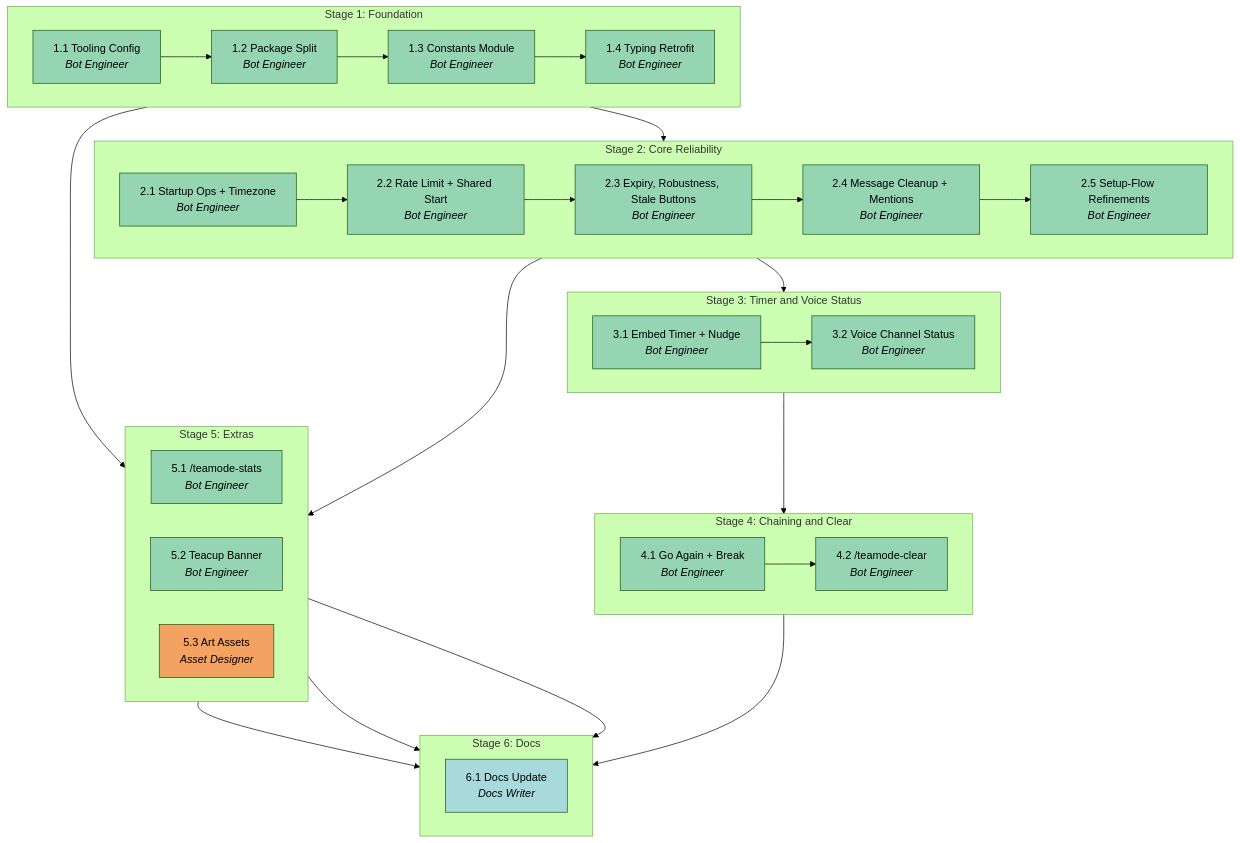
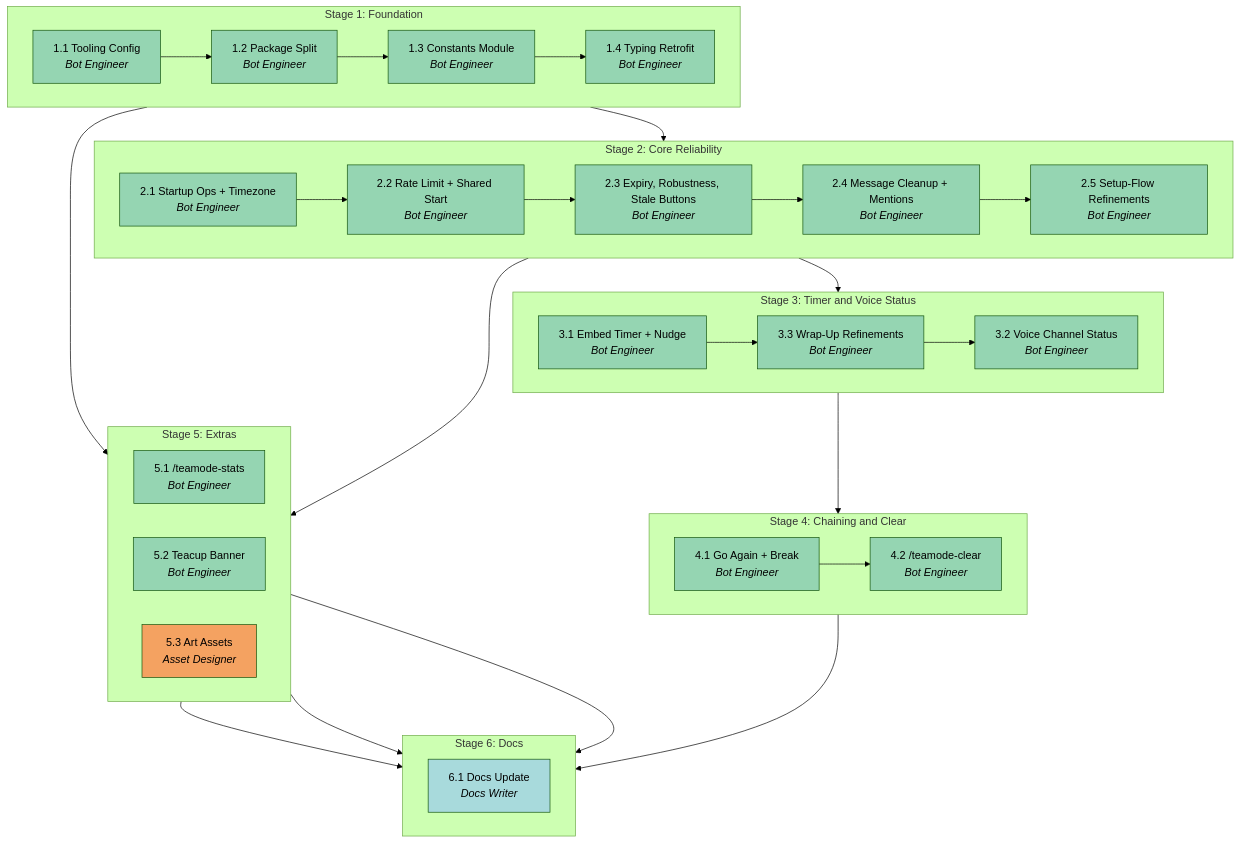
The diagram in .apm/plan.md (jonathan-fang/teamode), drawn with Mermaid (forest theme) before and after one commit. The commit also changed other lines of this file and 4 other files, not shown here.

Commit message:
chore(apm): record embed timer and wrap-up decisions

````diff
--- a/.apm/plan.md
+++ b/.apm/plan.md
@@ -29,68 +29,70 @@
 ```mermaid
 graph TB
 
 subgraph S1["Stage 1: Foundation"]
   direction LR
   T1_1["1.1 Tooling Config<br/><i>Bot Engineer</i>"] --> T1_2["1.2 Package Split<br/><i>Bot Engineer</i>"]
   T1_2 --> T1_3["1.3 Constants Module<br/><i>Bot Engineer</i>"]
   T1_3 --> T1_4["1.4 Typing Retrofit<br/><i>Bot Engineer</i>"]
 end
 
 subgraph S2["Stage 2: Core Reliability"]
   direction LR
   T2_1["2.1 Startup Ops + Timezone<br/><i>Bot Engineer</i>"] --> T2_2["2.2 Rate Limit + Shared Start<br/><i>Bot Engineer</i>"]
   T2_2 --> T2_3["2.3 Expiry, Robustness, Stale Buttons<br/><i>Bot Engineer</i>"]
   T2_3 --> T2_4["2.4 Message Cleanup + Mentions<br/><i>Bot Engineer</i>"]
   T2_4 --> T2_5["2.5 Setup-Flow Refinements<br/><i>Bot Engineer</i>"]
 end
 
 subgraph S3["Stage 3: Timer and Voice Status"]
   direction LR
-  T3_1["3.1 Embed Timer + Nudge<br/><i>Bot Engineer</i>"] --> T3_2["3.2 Voice Channel Status<br/><i>Bot Engineer</i>"]
+  T3_1["3.1 Embed Timer + Nudge<br/><i>Bot Engineer</i>"] --> T3_3["3.3 Wrap-Up Refinements<br/><i>Bot Engineer</i>"]
+  T3_3 --> T3_2["3.2 Voice Channel Status<br/><i>Bot Engineer</i>"]
 end
 
 subgraph S4["Stage 4: Chaining and Clear"]
   direction LR
   T4_1["4.1 Go Again + Break<br/><i>Bot Engineer</i>"] --> T4_2["4.2 /teamode-clear<br/><i>Bot Engineer</i>"]
 end
 
 subgraph S5["Stage 5: Extras"]
   direction LR
   T5_1["5.1 /teamode-stats<br/><i>Bot Engineer</i>"]
   T5_2["5.2 Teacup Banner<br/><i>Bot Engineer</i>"]
   T5_3["5.3 Art Assets<br/><i>Asset Designer</i>"]
 end
 
 subgraph S6["Stage 6: Docs"]
   direction LR
   T6_1["6.1 Docs Update<br/><i>Docs Writer</i>"]
 end
 
 T1_4 --> T2_1
 T2_5 --> T3_1
 T3_2 --> T4_1
 T2_1 --> T5_1
 T1_3 --> T5_2
 T4_2 --> T6_1
 T5_1 --> T6_1
 T5_2 --> T6_1
 T5_3 --> T6_1
 
 style T1_1 fill:#95d5b2,color:#000
 style T1_2 fill:#95d5b2,color:#000
 style T1_3 fill:#95d5b2,color:#000
 style T1_4 fill:#95d5b2,color:#000
 style T2_1 fill:#95d5b2,color:#000
 style T2_2 fill:#95d5b2,color:#000
 style T2_3 fill:#95d5b2,color:#000
 style T2_4 fill:#95d5b2,color:#000
 style T2_5 fill:#95d5b2,color:#000
 style T3_1 fill:#95d5b2,color:#000
 style T3_2 fill:#95d5b2,color:#000
+style T3_3 fill:#95d5b2,color:#000
 style T4_1 fill:#95d5b2,color:#000
 style T4_2 fill:#95d5b2,color:#000
 style T5_1 fill:#95d5b2,color:#000
 style T5_2 fill:#95d5b2,color:#000
 style T5_3 fill:#f4a261,color:#000
 style T6_1 fill:#a8dadc,color:#000
 ```
````
